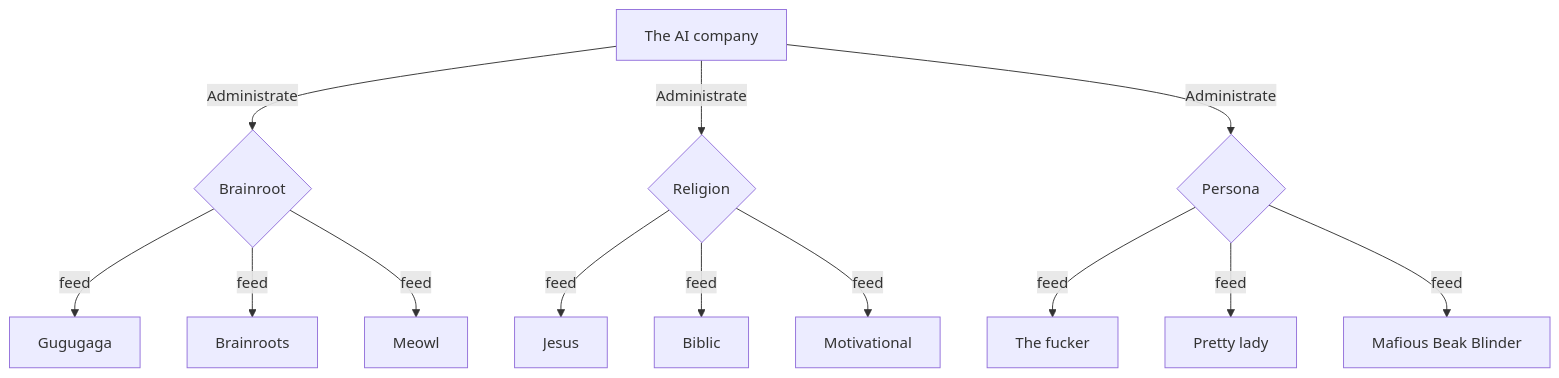
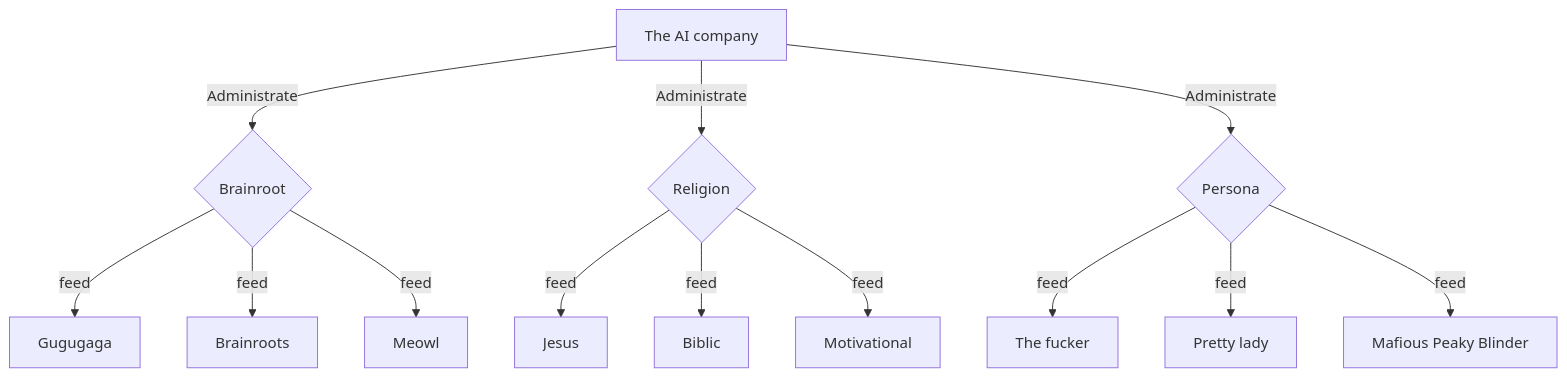
The diagram in org.md (ColcheteDAO/AI), drawn with Mermaid before and after one commit.

Commit message:
docs: N misspell

````diff
--- a/org.md
+++ b/org.md
@@ -1,15 +1,15 @@
 ```mermaid
 flowchart TD
     A[The AI company] -->|Administrate| C{Brainroot}
     C -->|feed| D[Gugugaga]
     C -->|feed| E[Brainroots]
     C -->|feed| F[Meowl]
     A -->|Administrate| G{Religion}
     G -->|feed| H[Jesus]
     G -->|feed| I[Biblic]
     G -->|feed| J[Motivational]
     A -->|Administrate| K{Persona}
     K -->|feed| L[The fucker]
     K -->|feed| M[Pretty lady]
-    K -->|feed| N[Mafious Beak Blinder]
+    K -->|feed| N[Mafious Peaky Blinder]
 ```
````
